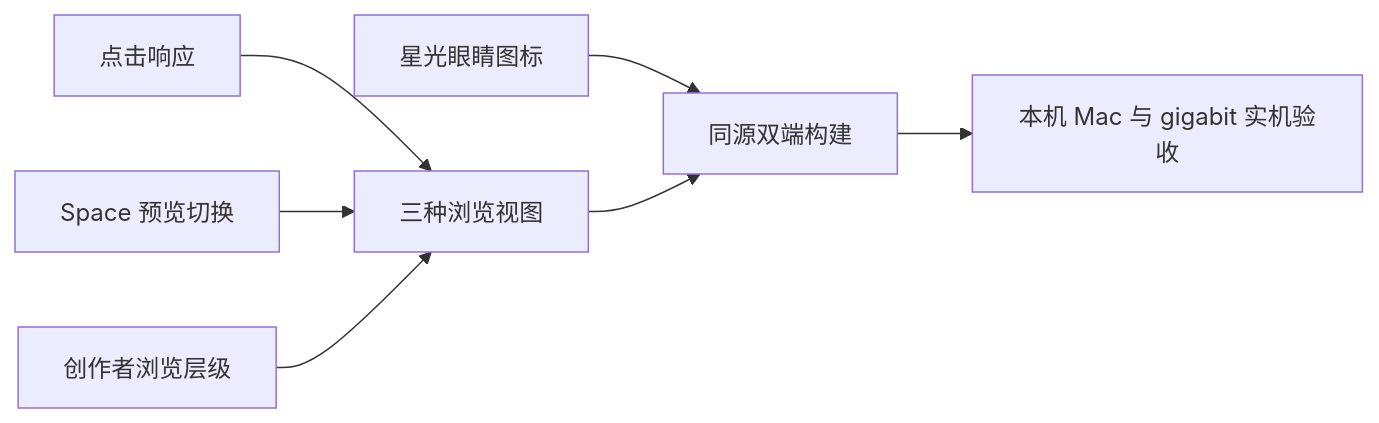
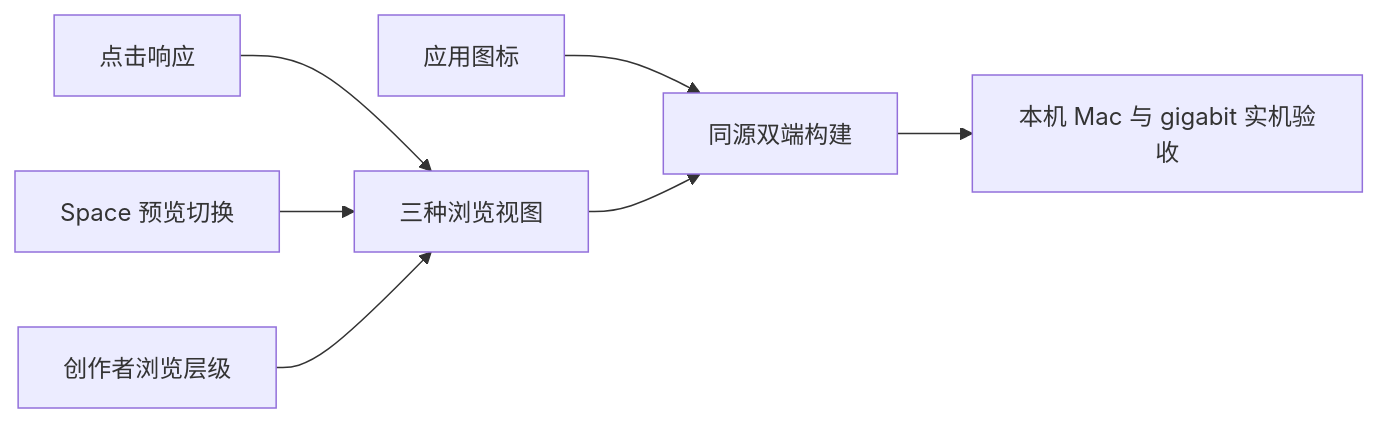
Before and after one commit to AMindFlow/iPreview: the second of 2 diagrams in docs/project/roadmap.md, drawn with Mermaid. The commit also changed other lines of this file and 3 other files, not shown here.

Commit message:
docs: 定义白底星云轨道图标规格

````diff
--- a/docs/project/roadmap.md
+++ b/docs/project/roadmap.md
@@ -45,9 +45,9 @@
 ```mermaid
 flowchart LR
     A[点击响应] --> E[三种浏览视图]
     B[Space 预览切换] --> E
     C[创作者浏览层级] --> E
-    D[星光眼睛图标] --> F[同源双端构建]
+    D[应用图标] --> F[同源双端构建]
     E --> F
     F --> G[本机 Mac 与 gigabit 实机验收]
 ```
````
